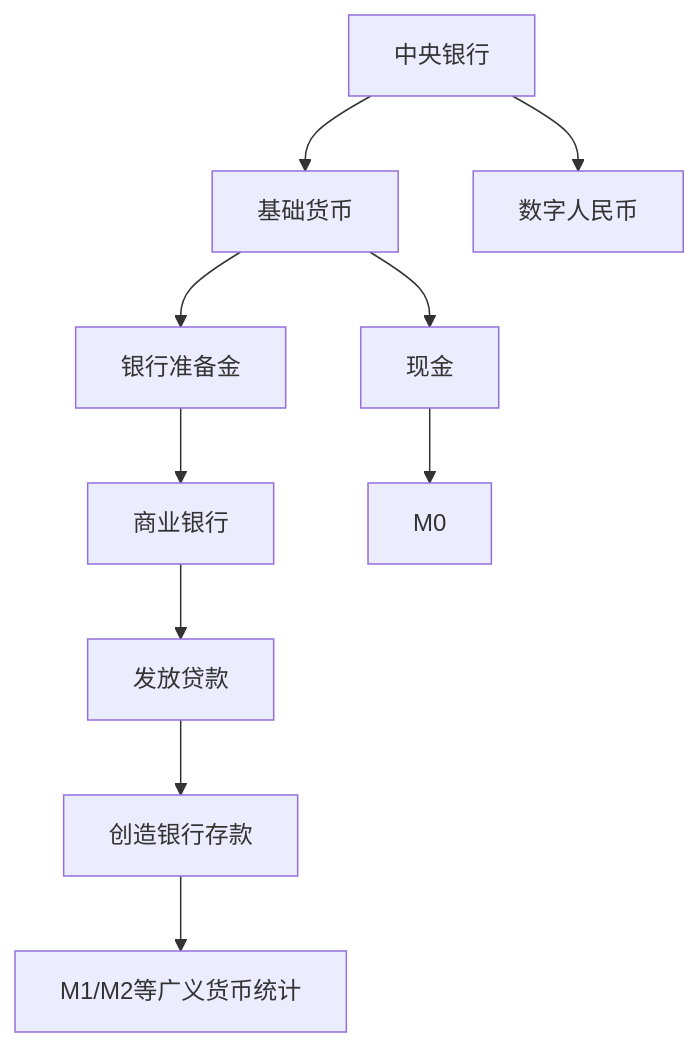
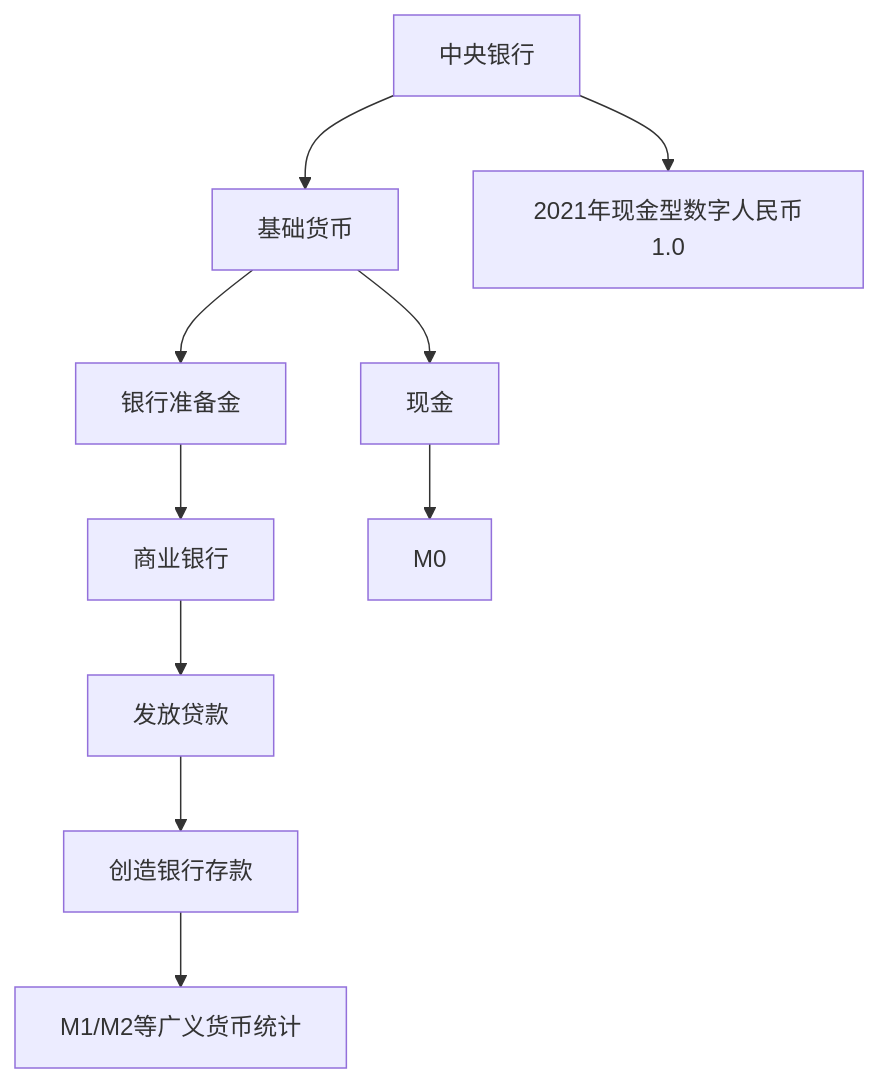
One commit to lingyi9909/digital-rmb-study changed the tenth of 10 diagrams in week-01-money-and-banking/day-03-m0-m1-m2.md. Above: the diagram before and after it, drawn with Mermaid. The commit also changed other lines of this file, not shown here.

````diff
--- a/week-01-money-and-banking/day-03-m0-m1-m2.md
+++ b/week-01-money-and-banking/day-03-m0-m1-m2.md
@@ -383,12 +386,12 @@
 ```mermaid
 flowchart TD
     A[中央银行] --> B[基础货币]
     B --> C[现金]
     B --> D[银行准备金]
     D --> E[商业银行]
     E --> F[发放贷款]
     F --> G[创造银行存款]
     G --> H[M1/M2等广义货币统计]
     C --> I[M0]
-    A --> J[数字人民币]
+    A --> J[2021年现金型数字人民币1.0]
 ```
````
